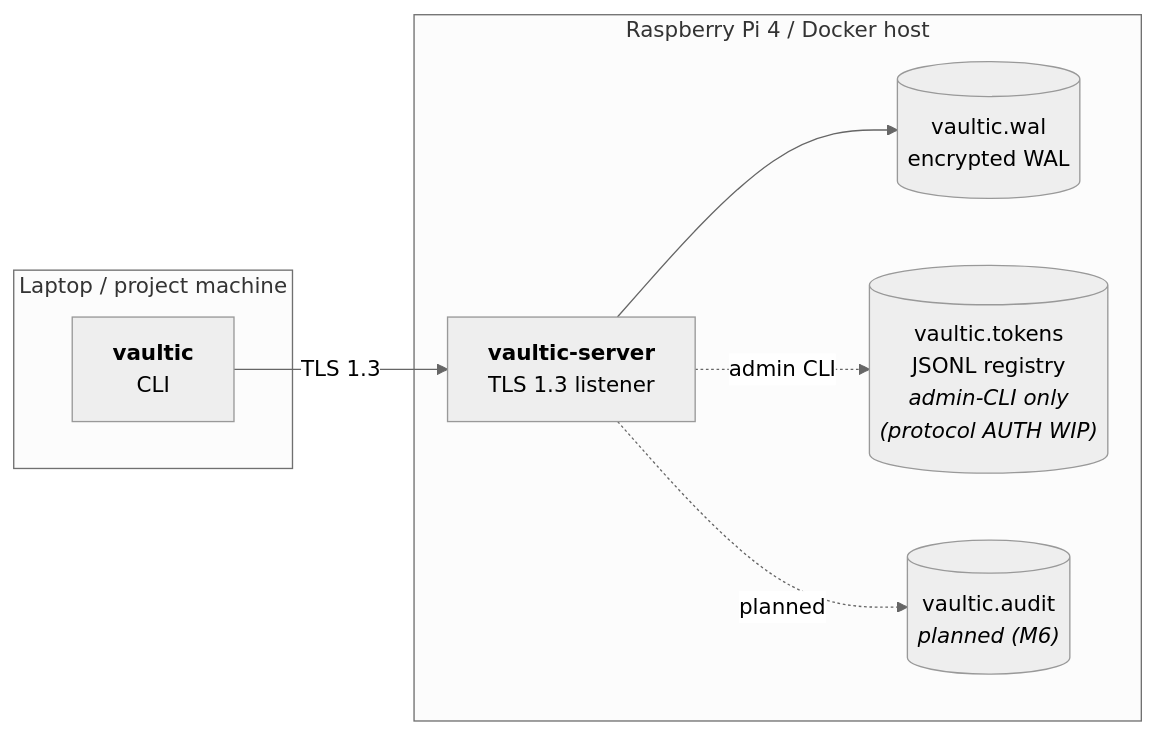
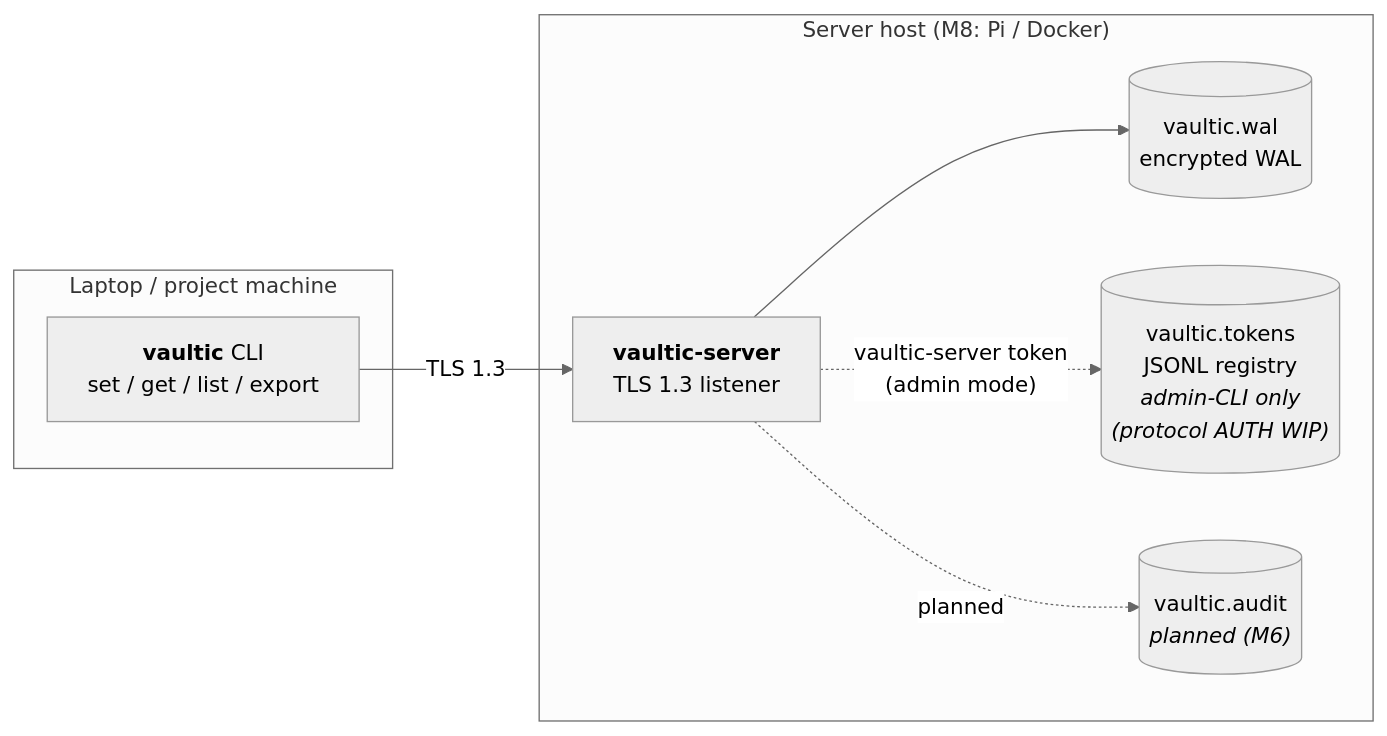
The diagram in README.md (Xantico12/vaultic), drawn with Mermaid (neutral theme) before and after one commit. The commit also changed other lines of this file, not shown here.

Commit message:
docs: tighten architecture diagram labels and caption

````diff
--- a/README.md
+++ b/README.md
@@ -66,16 +66,16 @@
 ```mermaid
 flowchart LR
     subgraph laptop["Laptop / project machine"]
-        CLI["<b>vaultic</b><br/>CLI"]
+        CLI["<b>vaultic</b> CLI<br/>set / get / list / export"]
     end
-    subgraph host["Raspberry Pi 4 / Docker host"]
+    subgraph host["Server host (M8: Pi / Docker)"]
         Server["<b>vaultic-server</b><br/>TLS 1.3 listener"]
         WAL[("vaultic.wal<br/>encrypted WAL")]
         Tokens[("vaultic.tokens<br/>JSONL registry<br/><i>admin-CLI only<br/>(protocol AUTH WIP)</i>")]
         Audit[("vaultic.audit<br/><i>planned (M6)</i>")]
         Server --> WAL
-        Server -.->|admin CLI| Tokens
+        Server -.->|"vaultic-server token<br/>(admin mode)"| Tokens
         Server -.->|planned| Audit
     end
     CLI -->|"TLS 1.3"| Server
 ```
````
